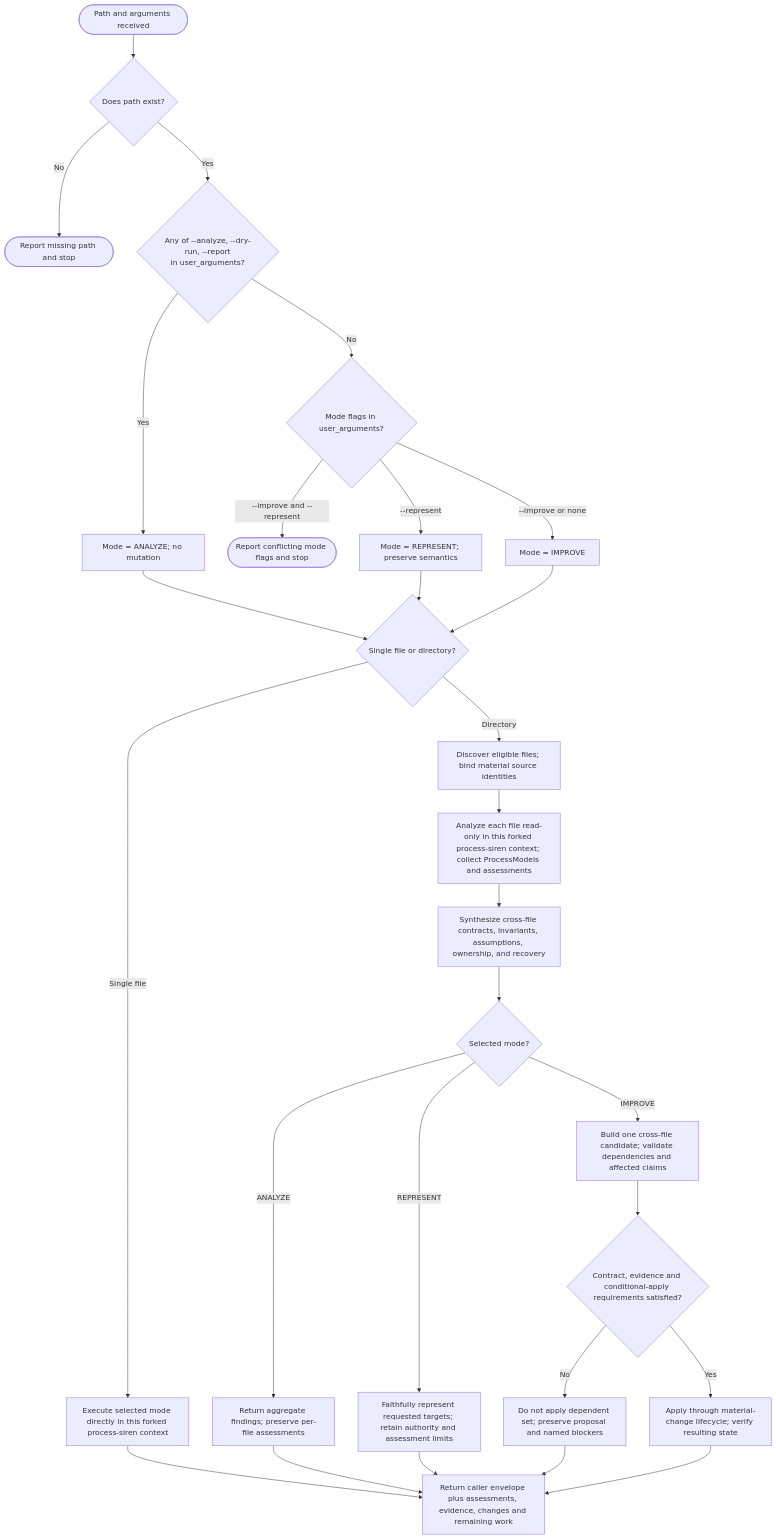
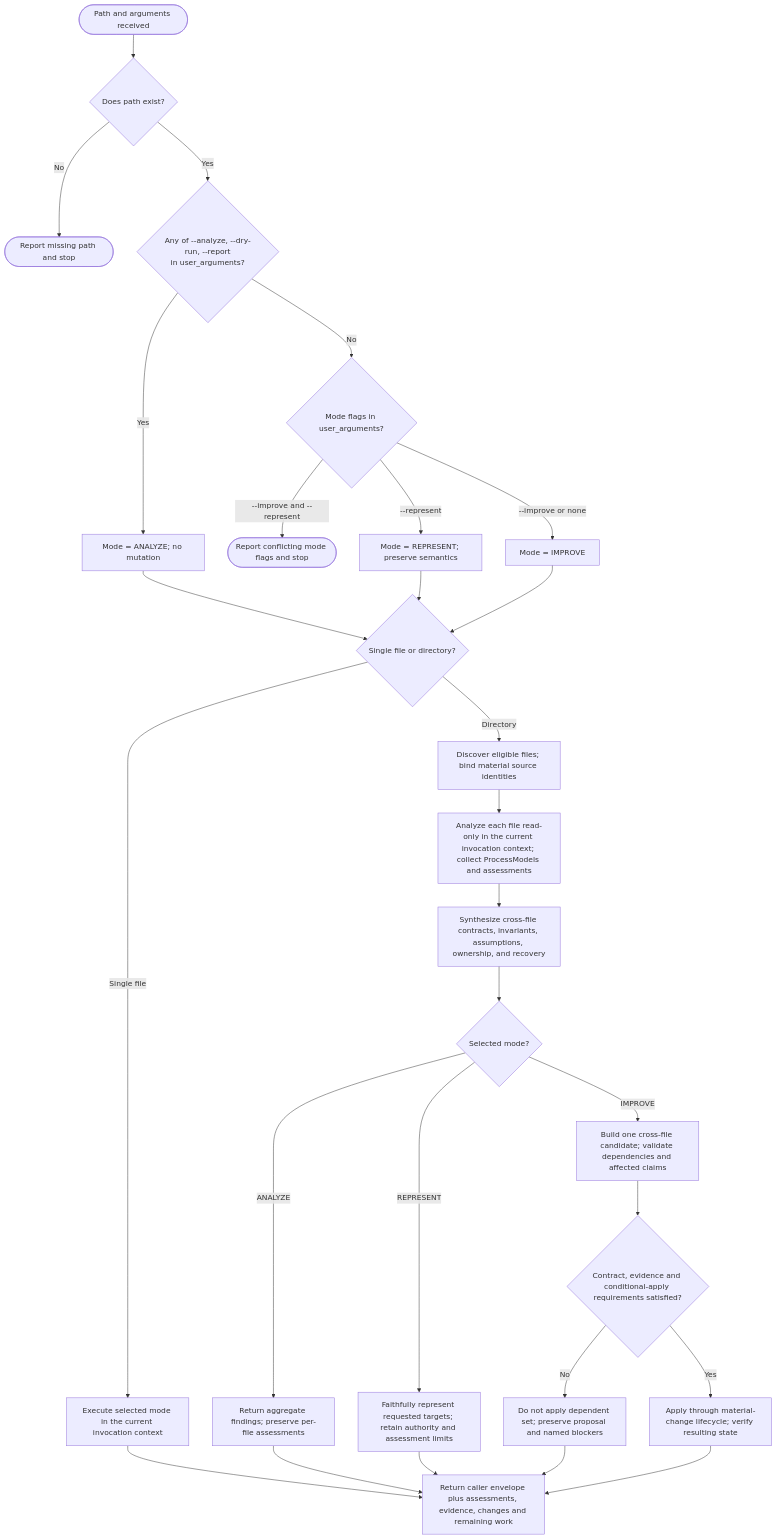
The diagram in plugins/process-siren/skills/woo-sailor/SKILL.md (Jamie-BitFlight/claude_skills), drawn with Mermaid before and after one commit. The commit also changed other lines of this file, not shown here.

Commit message:
fix(process-siren): make Woo Sailor self-sufficient

````diff
--- a/plugins/process-siren/skills/woo-sailor/SKILL.md
+++ b/plugins/process-siren/skills/woo-sailor/SKILL.md
@@ -19,30 +21,30 @@
 ```mermaid
 flowchart TD
     Start(["Path and arguments received"]) --> Exists{"Does path exist?"}
     Exists -->|"No"| Stop(["Report missing path and stop"])
     Exists -->|"Yes"| ReadOnly{"Any of --analyze, --dry-run, --report<br>in user_arguments?"}
     ReadOnly -->|"Yes"| Analyze["Mode = ANALYZE; no mutation"]
     ReadOnly -->|"No"| Mode{"Mode flags in user_arguments?"}
     Mode -->|"--improve and --represent"| Conflict(["Report conflicting mode flags and stop"])
     Mode -->|"--represent"| Represent["Mode = REPRESENT; preserve semantics"]
     Mode -->|"--improve or none"| Improve["Mode = IMPROVE"]
     Analyze --> Scope{"Single file or directory?"}
     Represent --> Scope
     Improve --> Scope
-    Scope -->|"Single file"| One["Execute selected mode directly in this forked process-siren context"]
+    Scope -->|"Single file"| One["Execute selected mode in the current invocation context"]
     Scope -->|"Directory"| Discover["Discover eligible files; bind material source identities"]
-    Discover --> Models["Analyze each file read-only in this forked process-siren context; collect ProcessModels and assessments"]
+    Discover --> Models["Analyze each file read-only in the current invocation context; collect ProcessModels and assessments"]
     Models --> Synthesize["Synthesize cross-file contracts, invariants, assumptions, ownership, and recovery"]
     Synthesize --> Route{"Selected mode?"}
     Route -->|"ANALYZE"| Aggregate["Return aggregate findings; preserve per-file assessments"]
     Route -->|"REPRESENT"| Render["Faithfully represent requested targets; retain authority and assessment limits"]
     Route -->|"IMPROVE"| Plan["Build one cross-file candidate; validate dependencies and affected claims"]
     Plan --> Safe{"Contract, evidence and conditional-apply requirements satisfied?"}
     Safe -->|"No"| Block["Do not apply dependent set; preserve proposal and named blockers"]
     Safe -->|"Yes"| Apply["Apply through material-change lifecycle; verify resulting state"]
     One --> Result["Return caller envelope plus assessments, evidence, changes and remaining work"]
     Aggregate --> Result
     Render --> Result
     Block --> Result
     Apply --> Result
 ```
````
